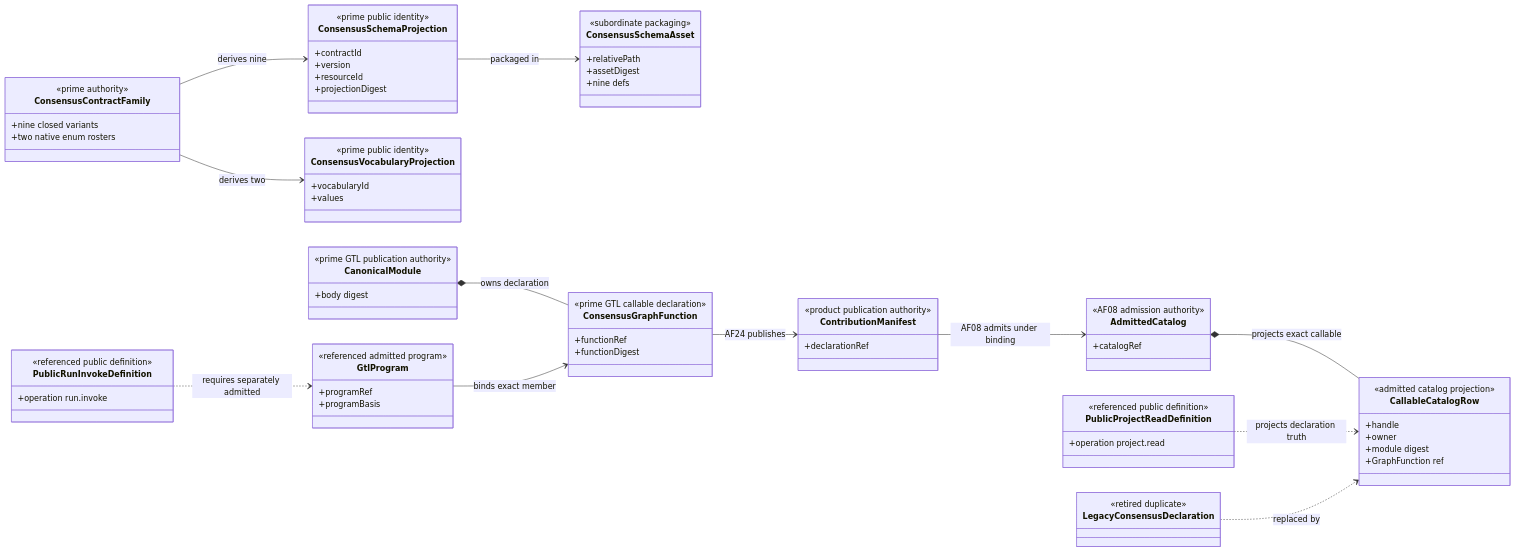
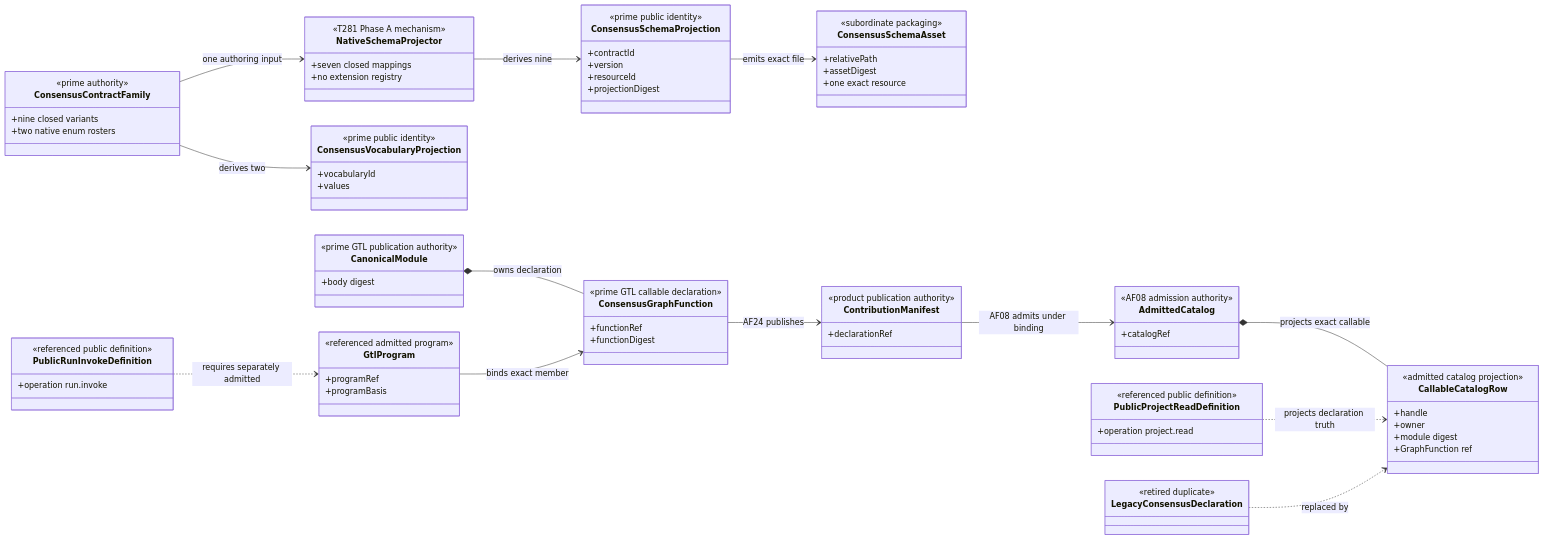
The first of 3 diagrams in build_tenants/abiogenesis/typescript/design/M02_M04_CONSENSUS_PUBLICATION_PRIME_CONTRACTION_BEHAVIOR_DESIGN.md (foolishimp/abiogenesis), drawn with Mermaid before and after one commit. The commit also changed other lines of this file and 4 other files, not shown here.

Commit message:
design(a5): split consensus projection from publication

```diff
--- a/build_tenants/abiogenesis/typescript/design/M02_M04_CONSENSUS_PUBLICATION_PRIME_CONTRACTION_BEHAVIOR_DESIGN.md
+++ b/build_tenants/abiogenesis/typescript/design/M02_M04_CONSENSUS_PUBLICATION_PRIME_CONTRACTION_BEHAVIOR_DESIGN.md
@@ -188,6 +196,11 @@
     <<prime authority>>
     +nine closed variants
     +two native enum rosters
+  }
+  class NativeSchemaProjector {
+    <<T281 Phase A mechanism>>
+    +seven closed mappings
+    +no extension registry
   }
   class ConsensusSchemaProjection {
     <<prime public identity>>
@@ -200,7 +213,7 @@
     <<subordinate packaging>>
     +relativePath
     +assetDigest
-    +nine defs
+    +one exact resource
   }
   class ConsensusVocabularyProjection {
     <<prime public identity>>
@@ -248,9 +261,10 @@
     <<retired duplicate>>
   }
 
-  ConsensusContractFamily --> ConsensusSchemaProjection : derives nine
+  ConsensusContractFamily --> NativeSchemaProjector : one authoring input
+  NativeSchemaProjector --> ConsensusSchemaProjection : derives nine
   ConsensusContractFamily --> ConsensusVocabularyProjection : derives two
-  ConsensusSchemaProjection --> ConsensusSchemaAsset : packaged in
+  ConsensusSchemaProjection --> ConsensusSchemaAsset : emits exact file
   CanonicalModule *-- ConsensusGraphFunction : owns declaration
   ConsensusGraphFunction --> ContributionManifest : AF24 publishes
   ContributionManifest --> AdmittedCatalog : AF08 admits under binding
```
